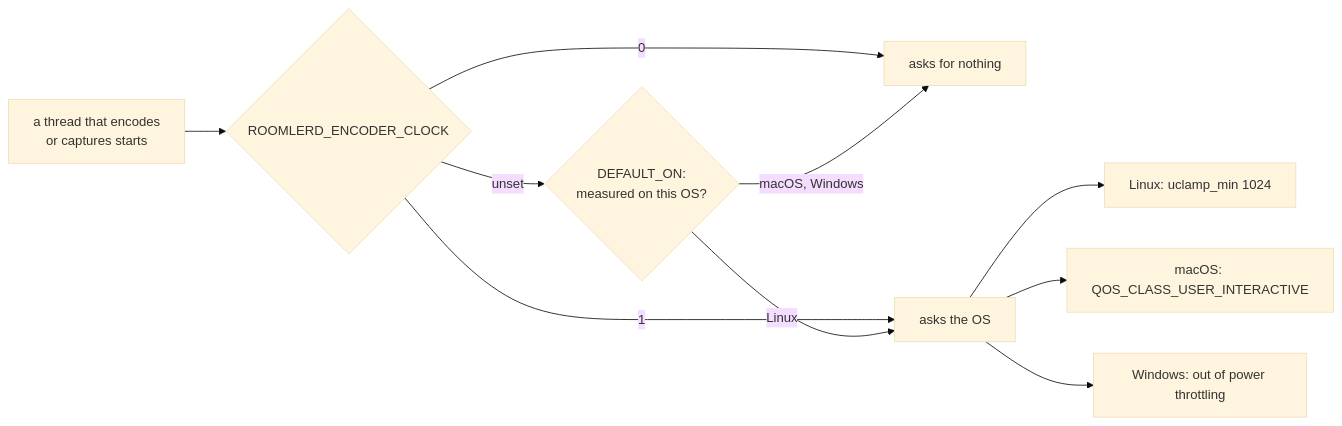
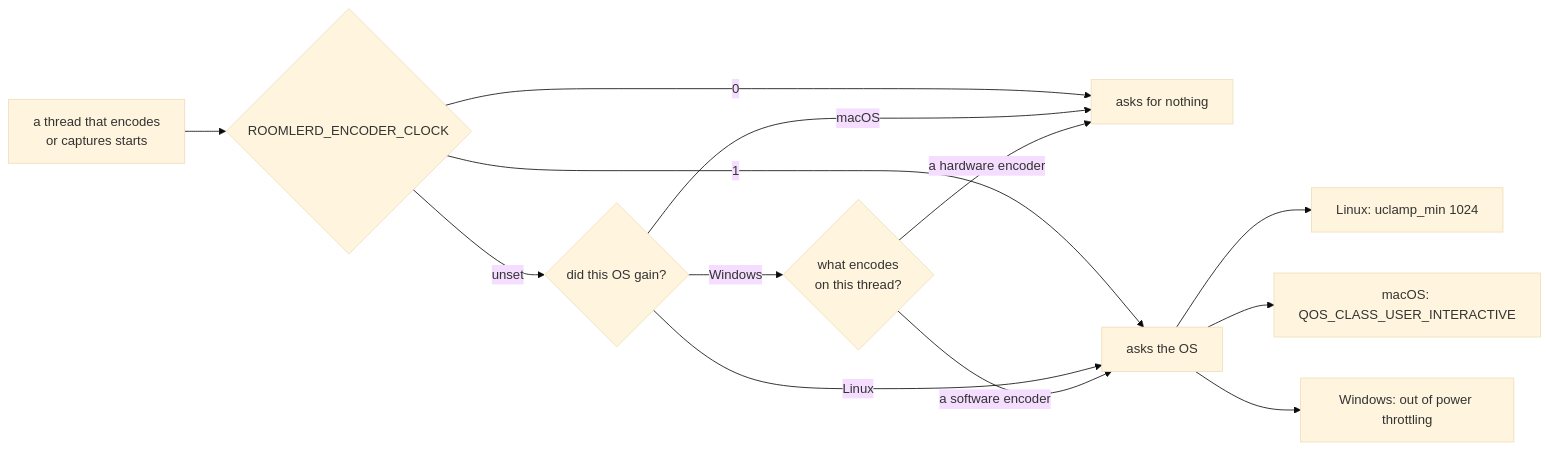
One commit to gjovanov/roomler-ai changed diagram 20 of 21 in docs/encoders.md. Above: the diagram before and after it, drawn with Mermaid (base theme). The commit also changed other lines of this file and 11 other files, not shown here.

First line of the commit message:
feat(fr-112): P3 — on Windows a software encoder asks for its clock by default (#3307)

````diff
--- a/docs/encoders.md
+++ b/docs/encoders.md
@@ -1956,12 +1958,15 @@
 ```mermaid
 flowchart LR
     T["a thread that encodes<br/>or captures starts"] --> S{"ROOMLERD_ENCODER_CLOCK"}
     S -->|"0"| N["asks for nothing"]
     S -->|"1"| A["asks the OS"]
-    S -->|"unset"| D{"DEFAULT_ON:<br/>measured on this OS?"}
+    S -->|"unset"| D{"did this OS gain?"}
     D -->|"Linux"| A
-    D -->|"macOS, Windows"| N
+    D -->|"macOS"| N
+    D -->|"Windows"| E{"what encodes<br/>on this thread?"}
+    E -->|"a software encoder"| A
+    E -->|"a hardware encoder"| N
     A --> L["Linux: uclamp_min 1024"]
     A --> M["macOS: QOS_CLASS_USER_INTERACTIVE"]
     A --> W["Windows: out of power throttling"]
 ```
````
